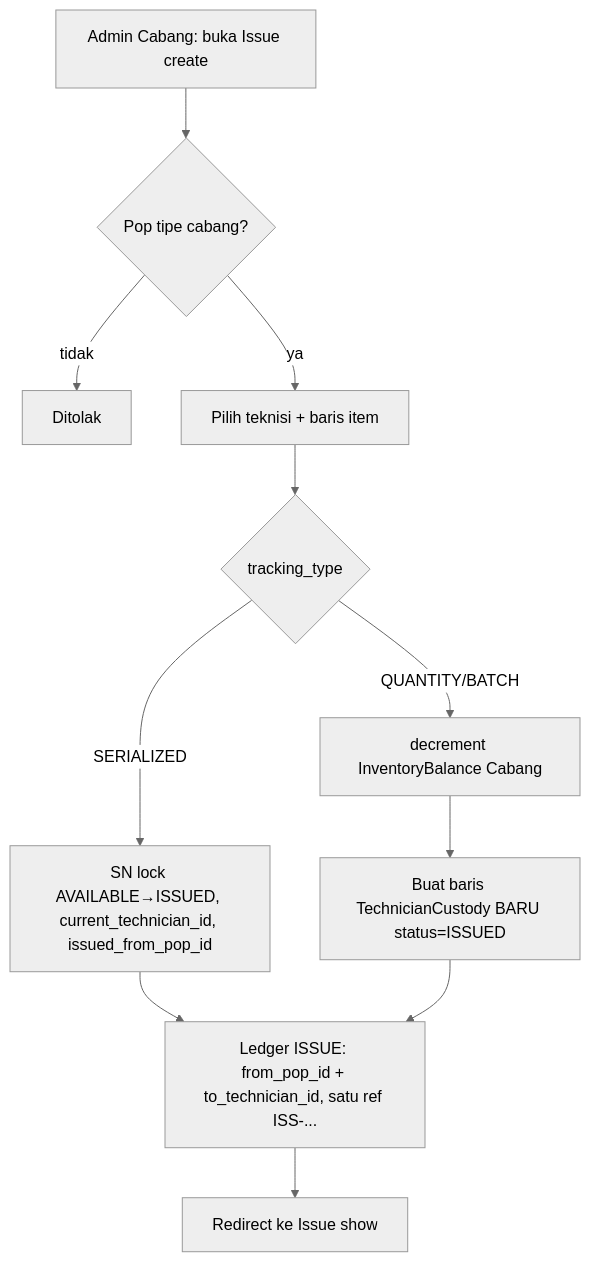
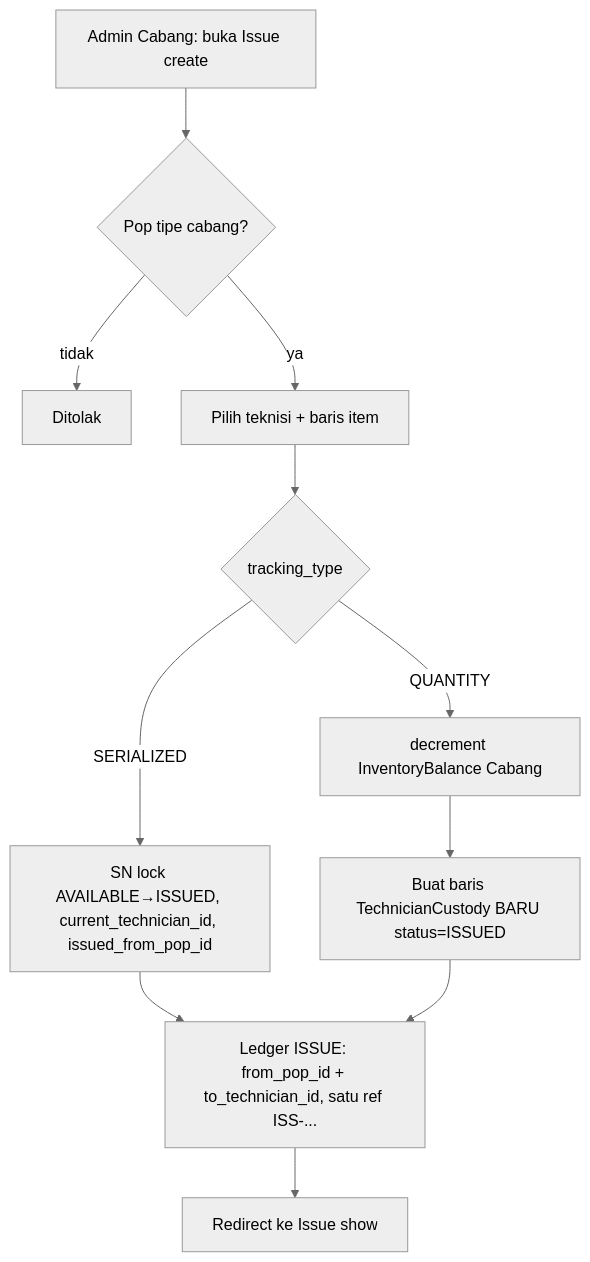
One commit to YofhiFauda/whusnet-operasional changed the third of 7 diagrams in docs/warehouse/flowchart.md. Above: the diagram before and after it, drawn with Mermaid (neutral theme). The commit also changed other lines of this file and 253 other files, not shown here.

````diff
--- a/docs/warehouse/flowchart.md
+++ b/docs/warehouse/flowchart.md
@@ -58,13 +64,13 @@
 ```mermaid
 flowchart TD
     A[Admin Cabang: buka Issue create] --> B{Pop tipe cabang?}
     B -- tidak --> X[Ditolak]
     B -- ya --> C[Pilih teknisi + baris item]
     C --> D{tracking_type}
     D -- SERIALIZED --> E[SN lock AVAILABLE→ISSUED, current_technician_id, issued_from_pop_id]
-    D -- QUANTITY/BATCH --> F[decrement InventoryBalance Cabang]
+    D -- QUANTITY --> F[decrement InventoryBalance Cabang]
     F --> G[Buat baris TechnicianCustody BARU status=ISSUED]
     E --> H[Ledger ISSUE: from_pop_id + to_technician_id, satu ref ISS-...]
     G --> H
     H --> I[Redirect ke Issue show]
 ```
````
